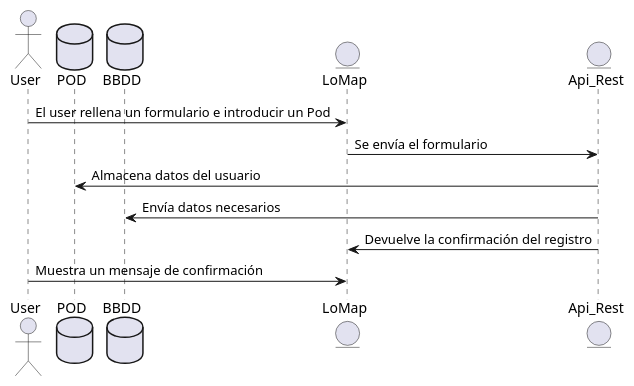
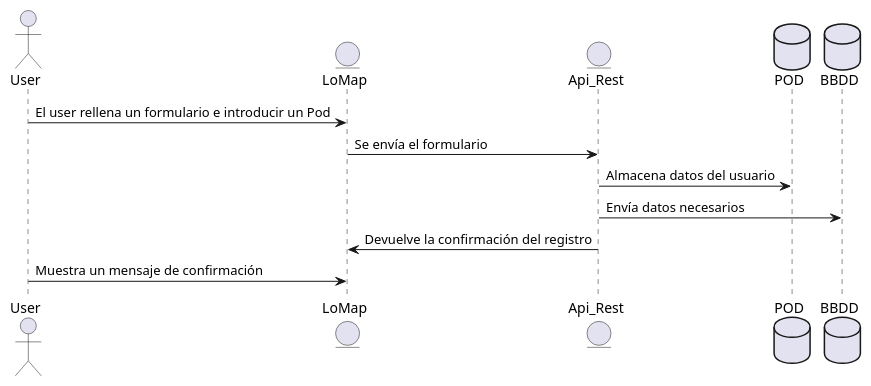
The first of 5 diagrams in docs/06_runtime_view.adoc (Arquisoft/lomap_es6a), drawn with PlantUML before and after one commit. The commit also changed other lines of this file and 2 other files, not shown here.

```diff
--- a/docs/06_runtime_view.adoc
+++ b/docs/06_runtime_view.adoc
@@ -34,16 +34,16 @@
 [plantuml,"Sequence diagram",png]
 ----
 actor User
+entity LoMap
+entity Api_Rest
 database POD
 database BBDD
-entity LoMap
-entity Api_Rest
 
 User -> LoMap: El user rellena un formulario e introducir un Pod
 LoMap -> Api_Rest: Se envía el formulario
 Api_Rest -> POD: Almacena datos del usuario
 Api_Rest -> BBDD: Envía datos necesarios
 LoMap <- Api_Rest: Devuelve la confirmación del registro
 User -> LoMap: Muestra un mensaje de confirmación
 
 ----
```
